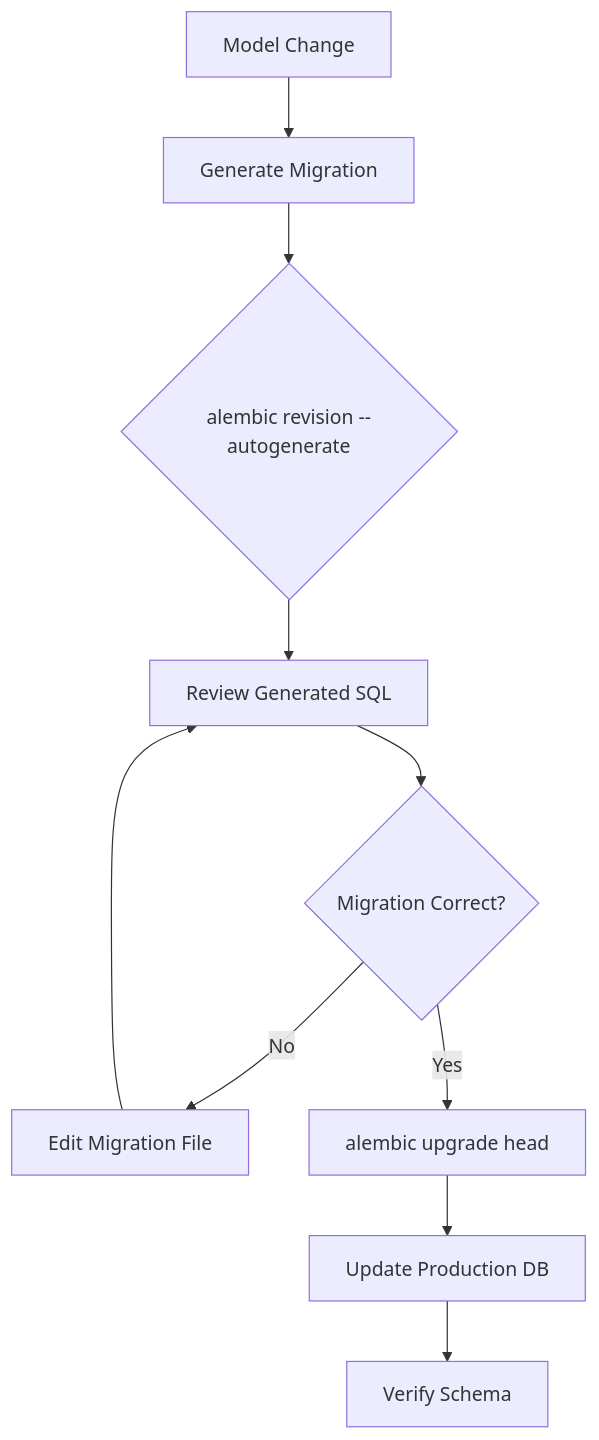
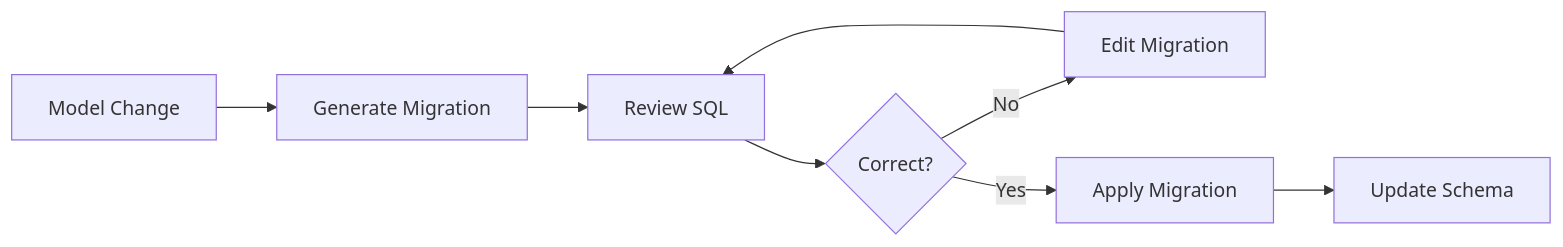
The second of 2 diagrams in docs/shorts/sqlalchemy.md (wapsol/magnetiq2), drawn with Mermaid before and after one commit. The commit also changed other lines of this file and 8 other files, not shown here.

Commit message:
prefer horizontal diagrams

````diff
--- a/docs/shorts/sqlalchemy.md
+++ b/docs/shorts/sqlalchemy.md
@@ -91,12 +133,10 @@
 ```mermaid
-flowchart TD
+flowchart LR
     A[Model Change] --> B[Generate Migration]
-    B --> C{alembic revision --autogenerate}
-    C --> D[Review Generated SQL]
-    D --> E{Migration Correct?}
-    E -->|No| F[Edit Migration File]
-    F --> D
-    E -->|Yes| G[alembic upgrade head]
-    G --> H[Update Production DB]
-    H --> I[Verify Schema]
+    B --> C[Review SQL]
+    C --> D{Correct?}
+    D -->|No| E[Edit Migration]
+    E --> C
+    D -->|Yes| F[Apply Migration]
+    F --> G[Update Schema]
 ```
````
